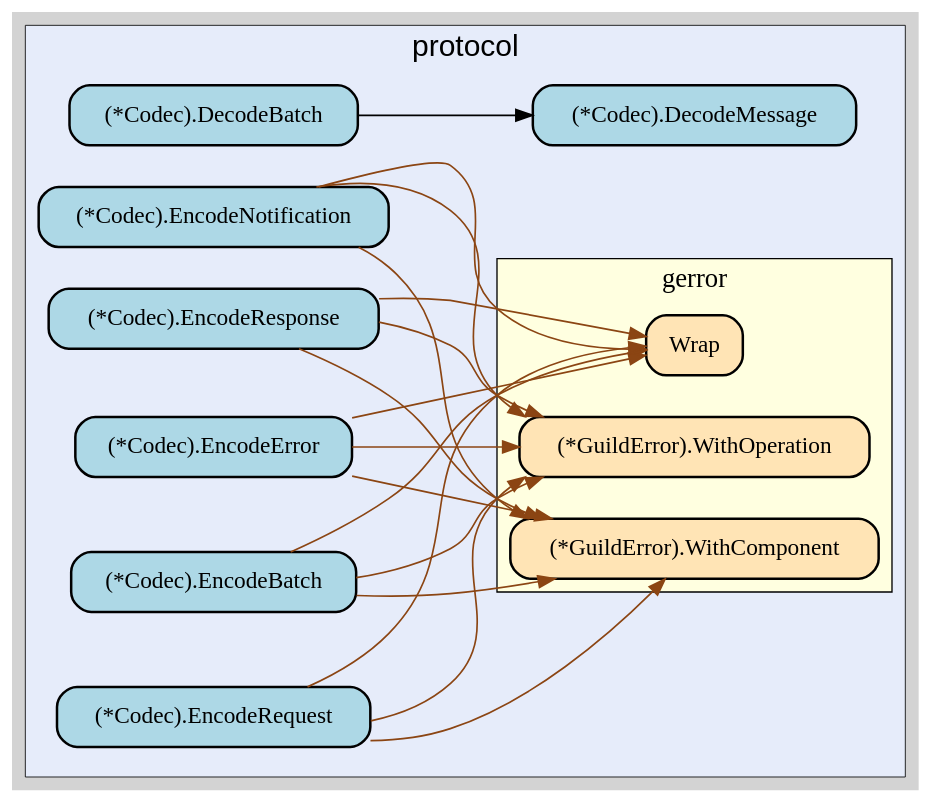
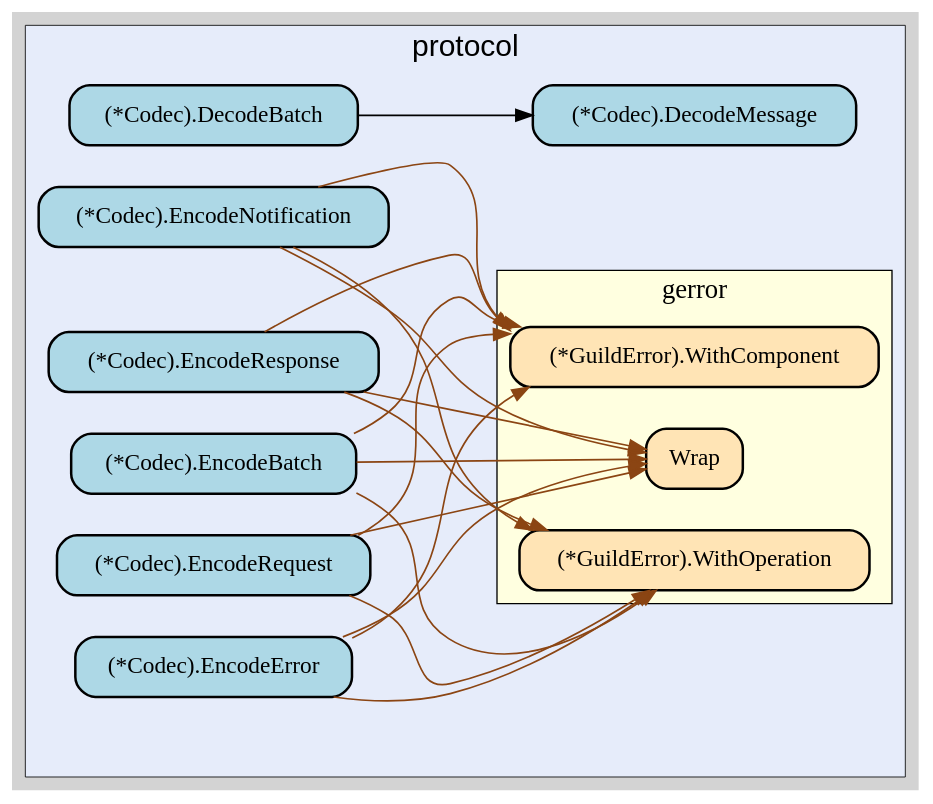
Before and after one commit to lancekrogers/guild-core: the diagram in docs/images/callgraphs/pkg-mcp-protocol.gv, drawn with Graphviz. The commit also changed 421 other files, not shown here.

```diff
--- a/docs/images/callgraphs/pkg-mcp-protocol.gv
+++ b/docs/images/callgraphs/pkg-mcp-protocol.gv
@@ -14,53 +14,53 @@
     edge [minlen="2"]
 
     subgraph "cluster_focus" {
-        bgcolor="#e6ecfa";
-label="protocol";
-labelloc="t";
+        labelloc="t";
 labeljust="c";
 fontsize="18";
+bgcolor="#e6ecfa";
+label="protocol";
         
-        "(*github.com/guild-framework/guild-core/pkg/mcp/protocol.Codec).EncodeNotification" [ fillcolor="lightblue" label="(*Codec).EncodeNotification" penwidth="1.5" tooltip="(*github.com/guild-framework/guild-core/pkg/mcp/protocol.Codec).EncodeNotification | defined in jsonrpc.go:118\nat jsonrpc.go:123: calling [(*github.com/guild-framework/guild-core/pkg/gerror.GuildError).WithOperation]\nat jsonrpc.go:121: calling [github.com/guild-framework/guild-core/pkg/gerror.Wrap]\nat jsonrpc.go:122: calling [(*github.com/guild-framework/guild-core/pkg/gerror.GuildError).WithComponent]" ]
         "(*github.com/guild-framework/guild-core/pkg/mcp/protocol.Codec).DecodeBatch" [ fillcolor="lightblue" label="(*Codec).DecodeBatch" penwidth="1.5" tooltip="(*github.com/guild-framework/guild-core/pkg/mcp/protocol.Codec).DecodeBatch | defined in jsonrpc.go:231\nat jsonrpc.go:235: calling [(*github.com/guild-framework/guild-core/pkg/mcp/protocol.Codec).DecodeMessage]\nat jsonrpc.go:244: calling [(*github.com/guild-framework/guild-core/pkg/mcp/protocol.Codec).DecodeMessage]" ]
         "(*github.com/guild-framework/guild-core/pkg/mcp/protocol.Codec).DecodeMessage" [ fillcolor="lightblue" label="(*Codec).DecodeMessage" penwidth="1.5" tooltip="(*github.com/guild-framework/guild-core/pkg/mcp/protocol.Codec).DecodeMessage | defined in jsonrpc.go:134" ]
-        "(*github.com/guild-framework/guild-core/pkg/mcp/protocol.Codec).EncodeBatch" [ fillcolor="lightblue" label="(*Codec).EncodeBatch" penwidth="1.5" tooltip="(*github.com/guild-framework/guild-core/pkg/mcp/protocol.Codec).EncodeBatch | defined in jsonrpc.go:214\nat jsonrpc.go:220: calling [github.com/guild-framework/guild-core/pkg/gerror.Wrap]\nat jsonrpc.go:221: calling [(*github.com/guild-framework/guild-core/pkg/gerror.GuildError).WithComponent]\nat jsonrpc.go:222: calling [(*github.com/guild-framework/guild-core/pkg/gerror.GuildError).WithOperation]" ]
-        "(*github.com/guild-framework/guild-core/pkg/mcp/protocol.Codec).EncodeError" [ fillcolor="lightblue" label="(*Codec).EncodeError" penwidth="1.5" tooltip="(*github.com/guild-framework/guild-core/pkg/mcp/protocol.Codec).EncodeError | defined in jsonrpc.go:94\nat jsonrpc.go:100: calling [github.com/guild-framework/guild-core/pkg/gerror.Wrap]\nat jsonrpc.go:101: calling [(*github.com/guild-framework/guild-core/pkg/gerror.GuildError).WithComponent]\nat jsonrpc.go:102: calling [(*github.com/guild-framework/guild-core/pkg/gerror.GuildError).WithOperation]" ]
-        "(*github.com/guild-framework/guild-core/pkg/mcp/protocol.Codec).EncodeRequest" [ tooltip="(*github.com/guild-framework/guild-core/pkg/mcp/protocol.Codec).EncodeRequest | defined in jsonrpc.go:61\nat jsonrpc.go:65: calling [(*github.com/guild-framework/guild-core/pkg/gerror.GuildError).WithComponent]\nat jsonrpc.go:66: calling [(*github.com/guild-framework/guild-core/pkg/gerror.GuildError).WithOperation]\nat jsonrpc.go:64: calling [github.com/guild-framework/guild-core/pkg/gerror.Wrap]" fillcolor="lightblue" label="(*Codec).EncodeRequest" penwidth="1.5" ]
-        "(*github.com/guild-framework/guild-core/pkg/mcp/protocol.Codec).EncodeResponse" [ fillcolor="lightblue" label="(*Codec).EncodeResponse" penwidth="1.5" tooltip="(*github.com/guild-framework/guild-core/pkg/mcp/protocol.Codec).EncodeResponse | defined in jsonrpc.go:78\nat jsonrpc.go:83: calling [(*github.com/guild-framework/guild-core/pkg/gerror.GuildError).WithOperation]\nat jsonrpc.go:81: calling [github.com/guild-framework/guild-core/pkg/gerror.Wrap]\nat jsonrpc.go:82: calling [(*github.com/guild-framework/guild-core/pkg/gerror.GuildError).WithComponent]" ]
+        "(*github.com/guild-framework/guild-core/pkg/mcp/protocol.Codec).EncodeNotification" [ fillcolor="lightblue" label="(*Codec).EncodeNotification" penwidth="1.5" tooltip="(*github.com/guild-framework/guild-core/pkg/mcp/protocol.Codec).EncodeNotification | defined in jsonrpc.go:118\nat jsonrpc.go:121: calling [github.com/guild-framework/guild-core/pkg/gerror.Wrap]\nat jsonrpc.go:122: calling [(*github.com/guild-framework/guild-core/pkg/gerror.GuildError).WithComponent]\nat jsonrpc.go:123: calling [(*github.com/guild-framework/guild-core/pkg/gerror.GuildError).WithOperation]" ]
+        "(*github.com/guild-framework/guild-core/pkg/mcp/protocol.Codec).EncodeRequest" [ fillcolor="lightblue" label="(*Codec).EncodeRequest" penwidth="1.5" tooltip="(*github.com/guild-framework/guild-core/pkg/mcp/protocol.Codec).EncodeRequest | defined in jsonrpc.go:61\nat jsonrpc.go:64: calling [github.com/guild-framework/guild-core/pkg/gerror.Wrap]\nat jsonrpc.go:66: calling [(*github.com/guild-framework/guild-core/pkg/gerror.GuildError).WithOperation]\nat jsonrpc.go:65: calling [(*github.com/guild-framework/guild-core/pkg/gerror.GuildError).WithComponent]" ]
+        "(*github.com/guild-framework/guild-core/pkg/mcp/protocol.Codec).EncodeBatch" [ fillcolor="lightblue" label="(*Codec).EncodeBatch" penwidth="1.5" tooltip="(*github.com/guild-framework/guild-core/pkg/mcp/protocol.Codec).EncodeBatch | defined in jsonrpc.go:214\nat jsonrpc.go:220: calling [github.com/guild-framework/guild-core/pkg/gerror.Wrap]\nat jsonrpc.go:222: calling [(*github.com/guild-framework/guild-core/pkg/gerror.GuildError).WithOperation]\nat jsonrpc.go:221: calling [(*github.com/guild-framework/guild-core/pkg/gerror.GuildError).WithComponent]" ]
+        "(*github.com/guild-framework/guild-core/pkg/mcp/protocol.Codec).EncodeError" [ fillcolor="lightblue" label="(*Codec).EncodeError" penwidth="1.5" tooltip="(*github.com/guild-framework/guild-core/pkg/mcp/protocol.Codec).EncodeError | defined in jsonrpc.go:94\nat jsonrpc.go:100: calling [github.com/guild-framework/guild-core/pkg/gerror.Wrap]\nat jsonrpc.go:102: calling [(*github.com/guild-framework/guild-core/pkg/gerror.GuildError).WithOperation]\nat jsonrpc.go:101: calling [(*github.com/guild-framework/guild-core/pkg/gerror.GuildError).WithComponent]" ]
+        "(*github.com/guild-framework/guild-core/pkg/mcp/protocol.Codec).EncodeResponse" [ tooltip="(*github.com/guild-framework/guild-core/pkg/mcp/protocol.Codec).EncodeResponse | defined in jsonrpc.go:78\nat jsonrpc.go:82: calling [(*github.com/guild-framework/guild-core/pkg/gerror.GuildError).WithComponent]\nat jsonrpc.go:83: calling [(*github.com/guild-framework/guild-core/pkg/gerror.GuildError).WithOperation]\nat jsonrpc.go:81: calling [github.com/guild-framework/guild-core/pkg/gerror.Wrap]" fillcolor="lightblue" label="(*Codec).EncodeResponse" penwidth="1.5" ]
         
         subgraph "cluster_github.com/guild-framework/guild-core/pkg/gerror" {
         penwidth="0.8";
 fontsize="16";
 style="filled";
 fillcolor="lightyellow";
+rank="sink";
 URL="/?f=github.com/guild-framework/guild-core/pkg/gerror";
 tooltip="package: github.com/guild-framework/guild-core/pkg/gerror";
 fontname="Tahoma bold";
-rank="sink";
 label="gerror";
         
         "github.com/guild-framework/guild-core/pkg/gerror.Wrap" [ fillcolor="moccasin" label="Wrap" penwidth="1.5" tooltip="github.com/guild-framework/guild-core/pkg/gerror.Wrap | defined in errors.go:223" ]
         "(*github.com/guild-framework/guild-core/pkg/gerror.GuildError).WithComponent" [ fillcolor="moccasin" label="(*GuildError).WithComponent" penwidth="1.5" tooltip="(*github.com/guild-framework/guild-core/pkg/gerror.GuildError).WithComponent | defined in errors.go:156" ]
-        "(*github.com/guild-framework/guild-core/pkg/gerror.GuildError).WithOperation" [ tooltip="(*github.com/guild-framework/guild-core/pkg/gerror.GuildError).WithOperation | defined in errors.go:162" fillcolor="moccasin" label="(*GuildError).WithOperation" penwidth="1.5" ]
+        "(*github.com/guild-framework/guild-core/pkg/gerror.GuildError).WithOperation" [ label="(*GuildError).WithOperation" penwidth="1.5" tooltip="(*github.com/guild-framework/guild-core/pkg/gerror.GuildError).WithOperation | defined in errors.go:162" fillcolor="moccasin" ]
         
     }
 
     }
 
+    "(*github.com/guild-framework/guild-core/pkg/mcp/protocol.Codec).EncodeRequest" -> "github.com/guild-framework/guild-core/pkg/gerror.Wrap" [ tooltip="at jsonrpc.go:64: calling [github.com/guild-framework/guild-core/pkg/gerror.Wrap]" color="saddlebrown" ]
+    "(*github.com/guild-framework/guild-core/pkg/mcp/protocol.Codec).EncodeRequest" -> "(*github.com/guild-framework/guild-core/pkg/gerror.GuildError).WithOperation" [ color="saddlebrown" tooltip="at jsonrpc.go:66: calling [(*github.com/guild-framework/guild-core/pkg/gerror.GuildError).WithOperation]" ]
+    "(*github.com/guild-framework/guild-core/pkg/mcp/protocol.Codec).EncodeError" -> "github.com/guild-framework/guild-core/pkg/gerror.Wrap" [ tooltip="at jsonrpc.go:100: calling [github.com/guild-framework/guild-core/pkg/gerror.Wrap]" color="saddlebrown" ]
+    "(*github.com/guild-framework/guild-core/pkg/mcp/protocol.Codec).EncodeRequest" -> "(*github.com/guild-framework/guild-core/pkg/gerror.GuildError).WithComponent" [ tooltip="at jsonrpc.go:65: calling [(*github.com/guild-framework/guild-core/pkg/gerror.GuildError).WithComponent]" color="saddlebrown" ]
     "(*github.com/guild-framework/guild-core/pkg/mcp/protocol.Codec).EncodeBatch" -> "github.com/guild-framework/guild-core/pkg/gerror.Wrap" [ color="saddlebrown" tooltip="at jsonrpc.go:220: calling [github.com/guild-framework/guild-core/pkg/gerror.Wrap]" ]
-    "(*github.com/guild-framework/guild-core/pkg/mcp/protocol.Codec).EncodeRequest" -> "(*github.com/guild-framework/guild-core/pkg/gerror.GuildError).WithComponent" [ color="saddlebrown" tooltip="at jsonrpc.go:65: calling [(*github.com/guild-framework/guild-core/pkg/gerror.GuildError).WithComponent]" ]
+    "(*github.com/guild-framework/guild-core/pkg/mcp/protocol.Codec).EncodeBatch" -> "(*github.com/guild-framework/guild-core/pkg/gerror.GuildError).WithOperation" [ color="saddlebrown" tooltip="at jsonrpc.go:222: calling [(*github.com/guild-framework/guild-core/pkg/gerror.GuildError).WithOperation]" ]
+    "(*github.com/guild-framework/guild-core/pkg/mcp/protocol.Codec).EncodeError" -> "(*github.com/guild-framework/guild-core/pkg/gerror.GuildError).WithOperation" [ color="saddlebrown" tooltip="at jsonrpc.go:102: calling [(*github.com/guild-framework/guild-core/pkg/gerror.GuildError).WithOperation]" ]
+    "(*github.com/guild-framework/guild-core/pkg/mcp/protocol.Codec).DecodeBatch" -> "(*github.com/guild-framework/guild-core/pkg/mcp/protocol.Codec).DecodeMessage" [ tooltip="at jsonrpc.go:235: calling [(*github.com/guild-framework/guild-core/pkg/mcp/protocol.Codec).DecodeMessage]\nat jsonrpc.go:244: calling [(*github.com/guild-framework/guild-core/pkg/mcp/protocol.Codec).DecodeMessage]" ]
+    "(*github.com/guild-framework/guild-core/pkg/mcp/protocol.Codec).EncodeNotification" -> "github.com/guild-framework/guild-core/pkg/gerror.Wrap" [ color="saddlebrown" tooltip="at jsonrpc.go:121: calling [github.com/guild-framework/guild-core/pkg/gerror.Wrap]" ]
+    "(*github.com/guild-framework/guild-core/pkg/mcp/protocol.Codec).EncodeNotification" -> "(*github.com/guild-framework/guild-core/pkg/gerror.GuildError).WithComponent" [ color="saddlebrown" tooltip="at jsonrpc.go:122: calling [(*github.com/guild-framework/guild-core/pkg/gerror.GuildError).WithComponent]" ]
+    "(*github.com/guild-framework/guild-core/pkg/mcp/protocol.Codec).EncodeResponse" -> "(*github.com/guild-framework/guild-core/pkg/gerror.GuildError).WithComponent" [ color="saddlebrown" tooltip="at jsonrpc.go:82: calling [(*github.com/guild-framework/guild-core/pkg/gerror.GuildError).WithComponent]" ]
     "(*github.com/guild-framework/guild-core/pkg/mcp/protocol.Codec).EncodeResponse" -> "(*github.com/guild-framework/guild-core/pkg/gerror.GuildError).WithOperation" [ color="saddlebrown" tooltip="at jsonrpc.go:83: calling [(*github.com/guild-framework/guild-core/pkg/gerror.GuildError).WithOperation]" ]
-    "(*github.com/guild-framework/guild-core/pkg/mcp/protocol.Codec).DecodeBatch" -> "(*github.com/guild-framework/guild-core/pkg/mcp/protocol.Codec).DecodeMessage" [ tooltip="at jsonrpc.go:235: calling [(*github.com/guild-framework/guild-core/pkg/mcp/protocol.Codec).DecodeMessage]\nat jsonrpc.go:244: calling [(*github.com/guild-framework/guild-core/pkg/mcp/protocol.Codec).DecodeMessage]" ]
+    "(*github.com/guild-framework/guild-core/pkg/mcp/protocol.Codec).EncodeNotification" -> "(*github.com/guild-framework/guild-core/pkg/gerror.GuildError).WithOperation" [ color="saddlebrown" tooltip="at jsonrpc.go:123: calling [(*github.com/guild-framework/guild-core/pkg/gerror.GuildError).WithOperation]" ]
     "(*github.com/guild-framework/guild-core/pkg/mcp/protocol.Codec).EncodeBatch" -> "(*github.com/guild-framework/guild-core/pkg/gerror.GuildError).WithComponent" [ color="saddlebrown" tooltip="at jsonrpc.go:221: calling [(*github.com/guild-framework/guild-core/pkg/gerror.GuildError).WithComponent]" ]
-    "(*github.com/guild-framework/guild-core/pkg/mcp/protocol.Codec).EncodeBatch" -> "(*github.com/guild-framework/guild-core/pkg/gerror.GuildError).WithOperation" [ tooltip="at jsonrpc.go:222: calling [(*github.com/guild-framework/guild-core/pkg/gerror.GuildError).WithOperation]" color="saddlebrown" ]
-    "(*github.com/guild-framework/guild-core/pkg/mcp/protocol.Codec).EncodeRequest" -> "(*github.com/guild-framework/guild-core/pkg/gerror.GuildError).WithOperation" [ color="saddlebrown" tooltip="at jsonrpc.go:66: calling [(*github.com/guild-framework/guild-core/pkg/gerror.GuildError).WithOperation]" ]
-    "(*github.com/guild-framework/guild-core/pkg/mcp/protocol.Codec).EncodeNotification" -> "(*github.com/guild-framework/guild-core/pkg/gerror.GuildError).WithOperation" [ color="saddlebrown" tooltip="at jsonrpc.go:123: calling [(*github.com/guild-framework/guild-core/pkg/gerror.GuildError).WithOperation]" ]
+    "(*github.com/guild-framework/guild-core/pkg/mcp/protocol.Codec).EncodeError" -> "(*github.com/guild-framework/guild-core/pkg/gerror.GuildError).WithComponent" [ color="saddlebrown" tooltip="at jsonrpc.go:101: calling [(*github.com/guild-framework/guild-core/pkg/gerror.GuildError).WithComponent]" ]
     "(*github.com/guild-framework/guild-core/pkg/mcp/protocol.Codec).EncodeResponse" -> "github.com/guild-framework/guild-core/pkg/gerror.Wrap" [ color="saddlebrown" tooltip="at jsonrpc.go:81: calling [github.com/guild-framework/guild-core/pkg/gerror.Wrap]" ]
-    "(*github.com/guild-framework/guild-core/pkg/mcp/protocol.Codec).EncodeResponse" -> "(*github.com/guild-framework/guild-core/pkg/gerror.GuildError).WithComponent" [ color="saddlebrown" tooltip="at jsonrpc.go:82: calling [(*github.com/guild-framework/guild-core/pkg/gerror.GuildError).WithComponent]" ]
-    "(*github.com/guild-framework/guild-core/pkg/mcp/protocol.Codec).EncodeNotification" -> "github.com/guild-framework/guild-core/pkg/gerror.Wrap" [ color="saddlebrown" tooltip="at jsonrpc.go:121: calling [github.com/guild-framework/guild-core/pkg/gerror.Wrap]" ]
-    "(*github.com/guild-framework/guild-core/pkg/mcp/protocol.Codec).EncodeError" -> "github.com/guild-framework/guild-core/pkg/gerror.Wrap" [ color="saddlebrown" tooltip="at jsonrpc.go:100: calling [github.com/guild-framework/guild-core/pkg/gerror.Wrap]" ]
-    "(*github.com/guild-framework/guild-core/pkg/mcp/protocol.Codec).EncodeError" -> "(*github.com/guild-framework/guild-core/pkg/gerror.GuildError).WithComponent" [ color="saddlebrown" tooltip="at jsonrpc.go:101: calling [(*github.com/guild-framework/guild-core/pkg/gerror.GuildError).WithComponent]" ]
-    "(*github.com/guild-framework/guild-core/pkg/mcp/protocol.Codec).EncodeError" -> "(*github.com/guild-framework/guild-core/pkg/gerror.GuildError).WithOperation" [ color="saddlebrown" tooltip="at jsonrpc.go:102: calling [(*github.com/guild-framework/guild-core/pkg/gerror.GuildError).WithOperation]" ]
-    "(*github.com/guild-framework/guild-core/pkg/mcp/protocol.Codec).EncodeRequest" -> "github.com/guild-framework/guild-core/pkg/gerror.Wrap" [ color="saddlebrown" tooltip="at jsonrpc.go:64: calling [github.com/guild-framework/guild-core/pkg/gerror.Wrap]" ]
-    "(*github.com/guild-framework/guild-core/pkg/mcp/protocol.Codec).EncodeNotification" -> "(*github.com/guild-framework/guild-core/pkg/gerror.GuildError).WithComponent" [ color="saddlebrown" tooltip="at jsonrpc.go:122: calling [(*github.com/guild-framework/guild-core/pkg/gerror.GuildError).WithComponent]" ]
 }
```
